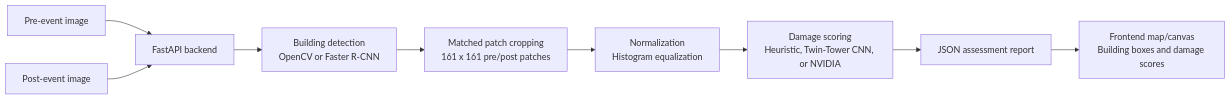
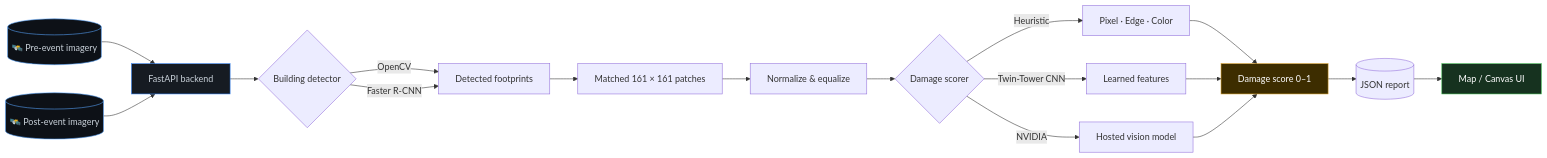
One commit to Vickygupta333/Sentinel-Assess-Building-Damage-Detection-System changed the first of 2 diagrams in README.md. Above: the diagram before and after it, drawn with Mermaid. The commit also changed other lines of this file, not shown here.

Commit message:
Redesign README with polished badges, animated typing banner, feature cards, Mermaid architecture and workflow diagrams

````diff
--- a/README.md
+++ b/README.md
@@ -18,11 +76,29 @@
 ```mermaid
 flowchart LR
-    A[Pre-event image] --> C[FastAPI backend]
-    B[Post-event image] --> C
-    C --> D[Building detection\nOpenCV or Faster R-CNN]
-    D --> E[Matched patch cropping\n161 x 161 pre/post patches]
-    E --> F[Normalization\nHistogram equalization]
-    F --> G[Damage scoring\nHeuristic, Twin-Tower CNN, or NVIDIA]
-    G --> H[JSON assessment report]
-    H --> I[Frontend map/canvas\nBuilding boxes and damage scores]
+    A[(🛰️ Pre-event imagery)] --> C[FastAPI backend]
+    B[(🛰️ Post-event imagery)] --> C
+
+    C --> D{Building detector}
+    D -->|OpenCV| E[Detected footprints]
+    D -->|Faster R-CNN| E
+
+    E --> F[Matched 161 × 161 patches]
+    F --> G[Normalize & equalize]
+    G --> H{Damage scorer}
+
+    H -->|Heuristic| I[Pixel · Edge · Color]
+    H -->|Twin-Tower CNN| J[Learned features]
+    H -->|NVIDIA| K[Hosted vision model]
+
+    I --> L[Damage score 0–1]
+    J --> L
+    K --> L
+    L --> M[(JSON report)]
+    M --> N[Map / Canvas UI]
+
+    style A fill:#0d1117,stroke:#58a6ff,color:#c9d1d9
+    style B fill:#0d1117,stroke:#58a6ff,color:#c9d1d9
+    style C fill:#161b22,stroke:#2f81f7,color:#c9d1d9
+    style L fill:#3d2d00,stroke:#d29922,color:#fff
+    style N fill:#16321f,stroke:#3fb950,color:#fff
 ```
````
